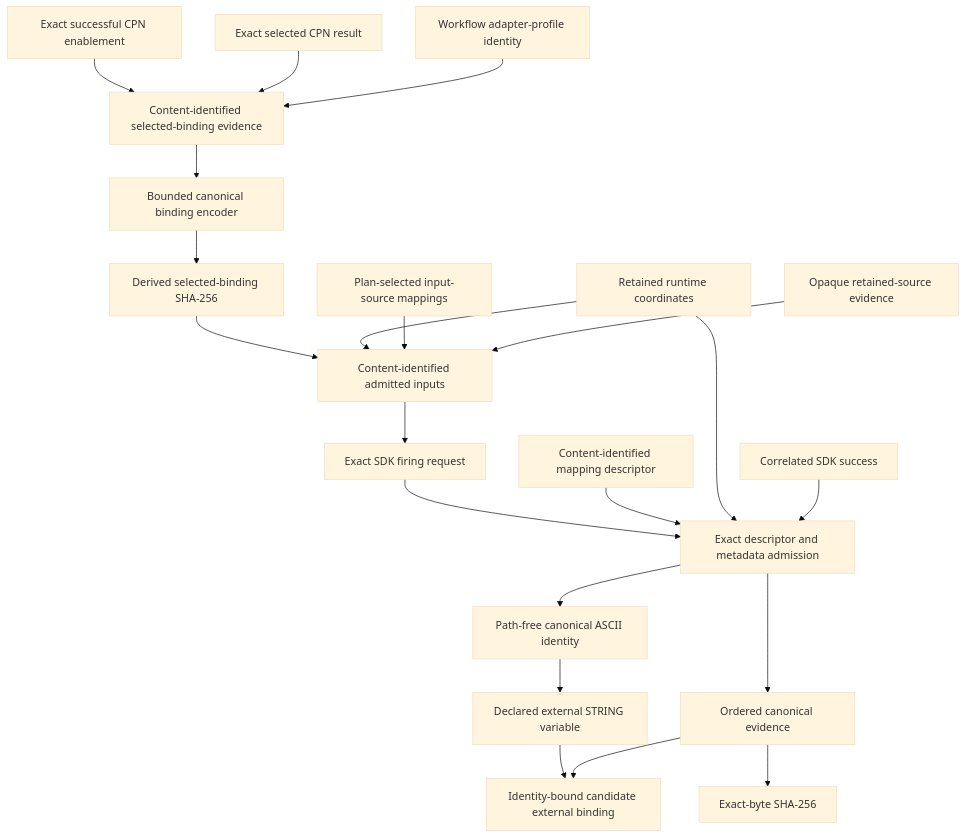
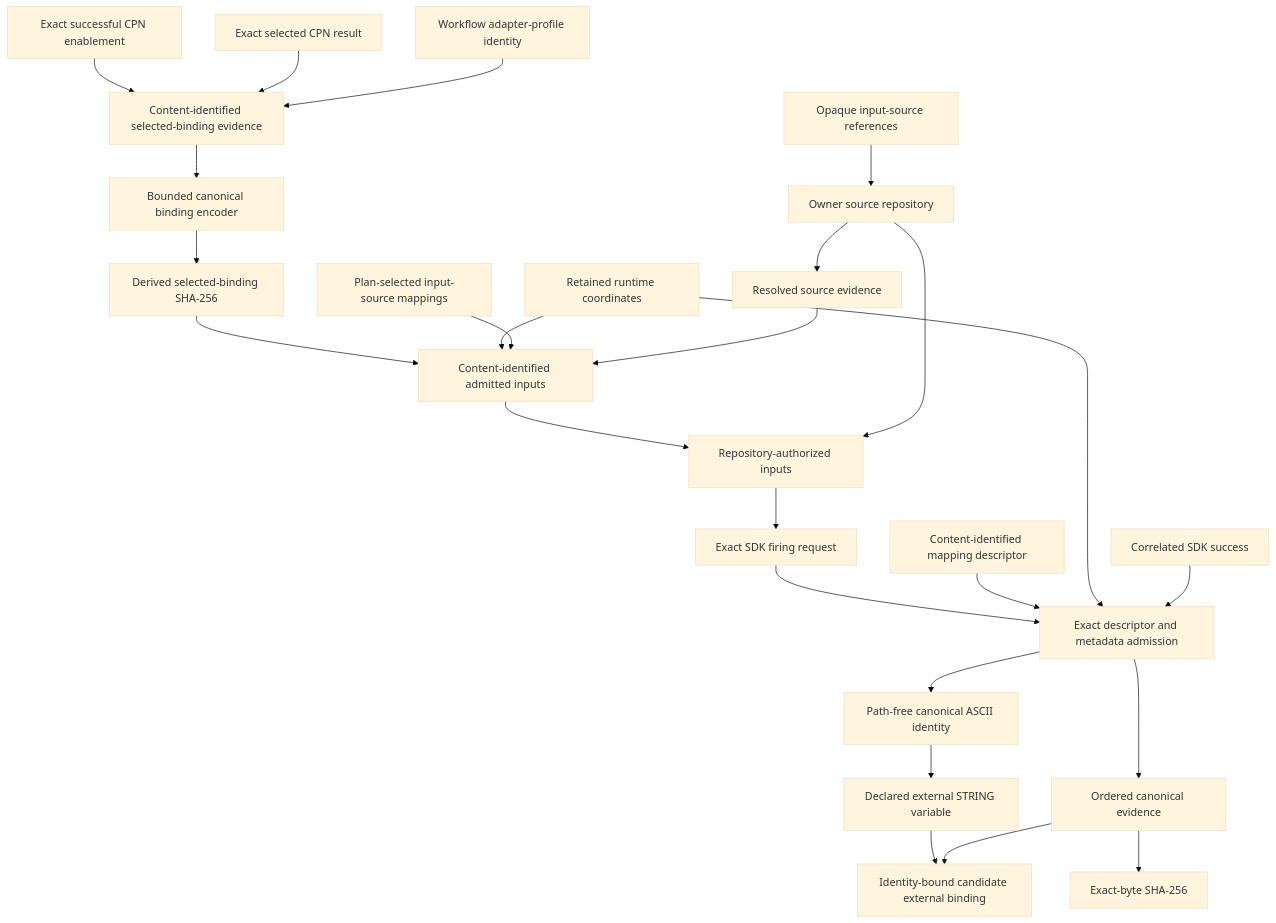
One commit to eragasa/projectkoios-workflow changed the diagram in docs/architecture/projectkoios/workflow/sdk/actions/TransitionActionBinding/schematic.md. Above: the diagram before and after it, drawn with Mermaid (base theme). The commit also changed other lines of this file and 15 other files, not shown here.

Commit message:
feat: authorize pure-action inputs from retained sources

````diff
--- a/docs/architecture/projectkoios/workflow/sdk/actions/TransitionActionBinding/schematic.md
+++ b/docs/architecture/projectkoios/workflow/sdk/actions/TransitionActionBinding/schematic.md
@@ -5,43 +5,50 @@
 ```mermaid
 flowchart TD
     EN[Exact successful CPN enablement]
     SR[Exact selected CPN result]
     SE[Content-identified selected-binding evidence]
     P[Workflow adapter-profile identity]
     K[Bounded canonical binding encoder]
     D[Derived selected-binding SHA-256]
     C[Retained runtime coordinates]
     IM[Plan-selected input-source mappings]
-    IS[Opaque retained-source evidence]
+    IR[Opaque input-source references]
+    OR[Owner source repository]
+    IS[Resolved source evidence]
+    AU[Repository-authorized inputs]
     IA[Content-identified admitted inputs]
     Q[Exact SDK firing request]
     M[Content-identified mapping descriptor]
     R[Correlated SDK success]
     A[Exact descriptor and metadata admission]
     I[Path-free canonical ASCII identity]
     V[Declared external STRING variable]
     E[Ordered canonical evidence]
     H[Exact-byte SHA-256]
     X[Identity-bound candidate external binding]
 
     EN --> SE
     SR --> SE
     P --> SE
     SE --> K
     K --> D
     D --> IA
     C --> IA
     IM --> IA
+    IR --> OR
+    OR --> IS
     IS --> IA
-    IA --> Q
+    IA --> AU
+    OR --> AU
+    AU --> Q
     Q --> A
     M --> A
     C --> A
     R --> A
     A --> I
     I --> V
     V --> X
     A --> E
     E --> H
     E --> X
 ```
````
